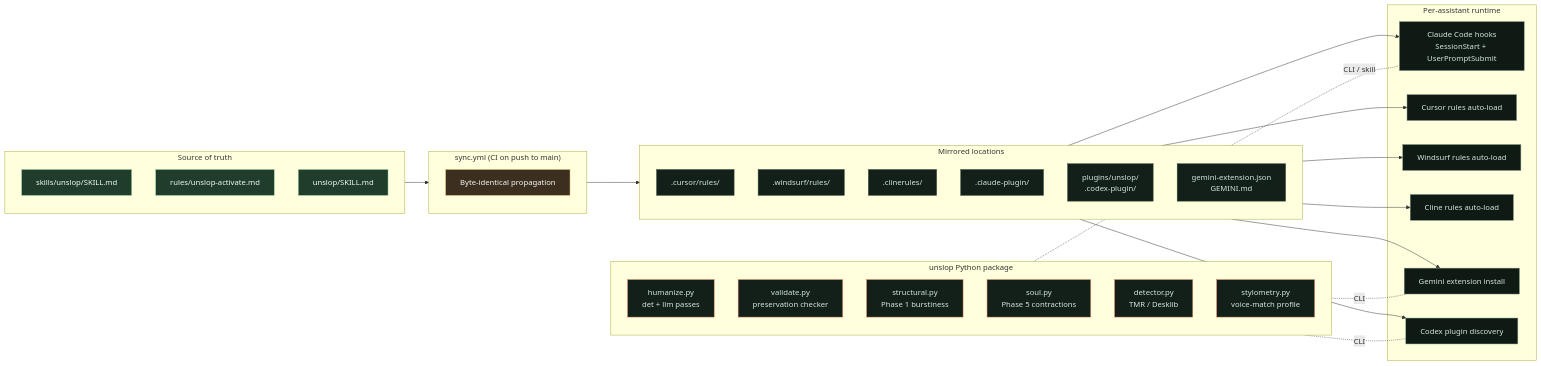
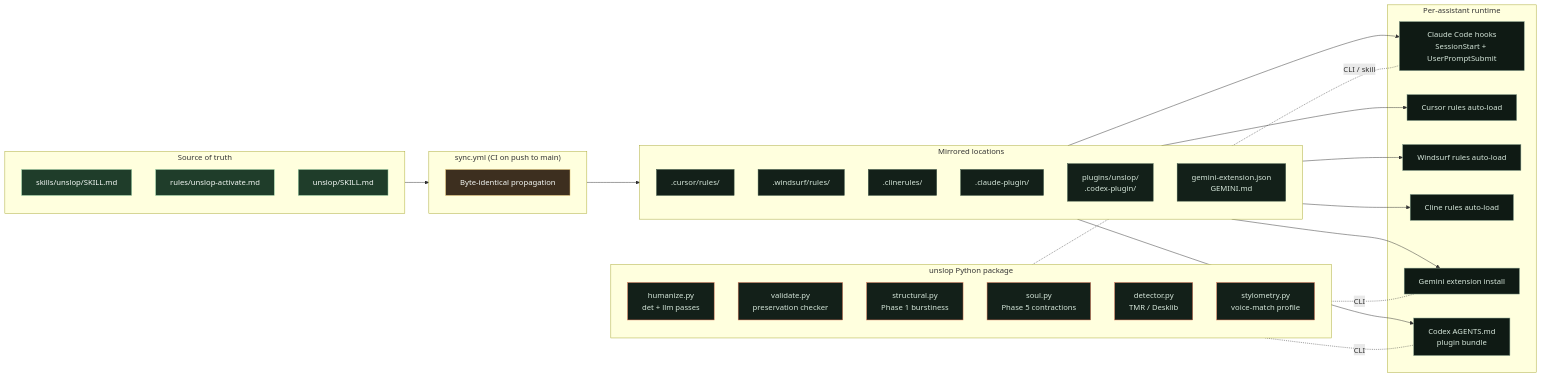
The diagram in README.md (MohamedAbdallah-14/unslop), drawn with Mermaid before and after one commit. The commit also changed other lines of this file and 12 other files, not shown here.

````diff
--- a/README.md
+++ b/README.md
@@ -710,61 +720,61 @@
 ```mermaid
 flowchart LR
   subgraph SSOT ["Source of truth"]
     S1[skills/unslop/SKILL.md]
     S2[rules/unslop-activate.md]
     S3[unslop/SKILL.md]
   end
 
   subgraph Sync ["sync.yml (CI on push to main)"]
     SY[Byte-identical propagation]
   end
 
   subgraph Mirrors ["Mirrored locations"]
     M1[.cursor/rules/]
     M2[.windsurf/rules/]
     M3[.clinerules/]
     M4[.claude-plugin/]
     M5[plugins/unslop/<br/>.codex-plugin/]
     M6[gemini-extension.json<br/>GEMINI.md]
   end
 
   subgraph Runtime ["Per-assistant runtime"]
     R1[Claude Code hooks<br/>SessionStart + UserPromptSubmit]
     R2[Cursor rules auto-load]
     R3[Windsurf rules auto-load]
     R4[Cline rules auto-load]
     R5[Gemini extension install]
-    R6[Codex plugin discovery]
+    R6[Codex AGENTS.md<br/>plugin bundle]
   end
 
   subgraph Python ["unslop Python package"]
     P1[humanize.py<br/>det + llm passes]
     P2[validate.py<br/>preservation checker]
     P3[structural.py<br/>Phase 1 burstiness]
     P4[soul.py<br/>Phase 5 contractions]
     P5[detector.py<br/>TMR / Desklib]
     P6[stylometry.py<br/>voice-match profile]
   end
 
   SSOT --> Sync --> Mirrors
   Mirrors --> R1
   Mirrors --> R2
   Mirrors --> R3
   Mirrors --> R4
   Mirrors --> R5
   Mirrors --> R6
   Python -. CLI / skill .- R1
   Python -. CLI .- R5
   Python -. CLI .- R6
 
   classDef ssot fill:#1F3D2A,stroke:#9BD4A9,color:#F7FBF8
   classDef mirror fill:#132019,stroke:#3A5443,color:#D6E7DB
   classDef run fill:#0F1A14,stroke:#7C9885,color:#D6E7DB
   classDef py fill:#132019,stroke:#D97757,color:#D6E7DB
   classDef sync fill:#3D2F1F,stroke:#E6C675,color:#F7FBF8
   class S1,S2,S3 ssot
   class M1,M2,M3,M4,M5,M6 mirror
   class R1,R2,R3,R4,R5,R6 run
   class P1,P2,P3,P4,P5,P6 py
   class SY sync
 ```
````
